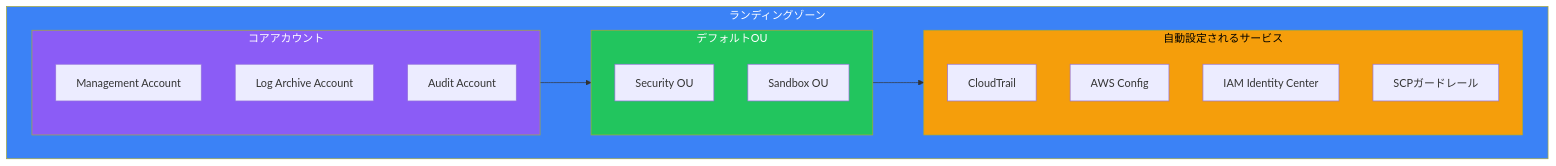
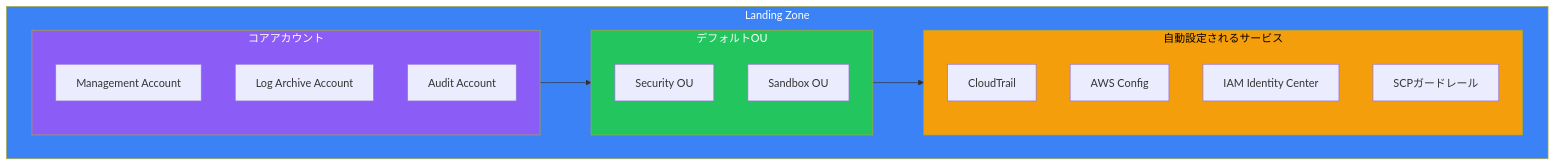
One commit to shunkus/shunku.net changed the first of 9 diagrams in content/blog/ja/aws-control-tower.md. Above: the diagram before and after it, drawn with Mermaid. The commit also changed other lines of this file and 56 other files, not shown here.

````diff
--- a/content/blog/ja/aws-control-tower.md
+++ b/content/blog/ja/aws-control-tower.md
@@ -31,30 +31,30 @@
 ```mermaid
 flowchart TB
-    subgraph LandingZone["ランディングゾーン"]
+    subgraph LandingZone["Landing Zone"]
         subgraph Core["コアアカウント"]
             Mgmt["Management Account"]
             Log["Log Archive Account"]
             Audit["Audit Account"]
         end
 
         subgraph OUs["デフォルトOU"]
             Security["Security OU"]
             Sandbox["Sandbox OU"]
         end
 
         subgraph Services["自動設定されるサービス"]
             CT["CloudTrail"]
             Config["AWS Config"]
             SSO["IAM Identity Center"]
             SCP["SCPガードレール"]
         end
     end
 
     Core --> OUs
     OUs --> Services
 
     style LandingZone fill:#3b82f6,color:#fff
     style Core fill:#8b5cf6,color:#fff
     style OUs fill:#22c55e,color:#fff
     style Services fill:#f59e0b,color:#000
 ```
````
